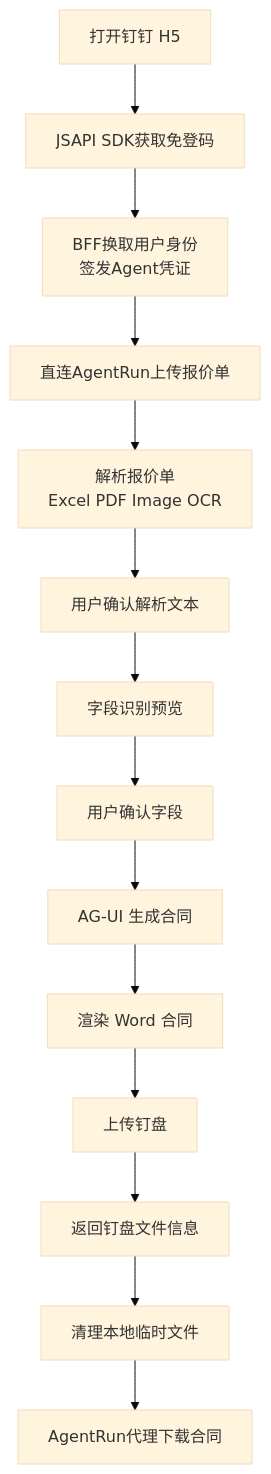
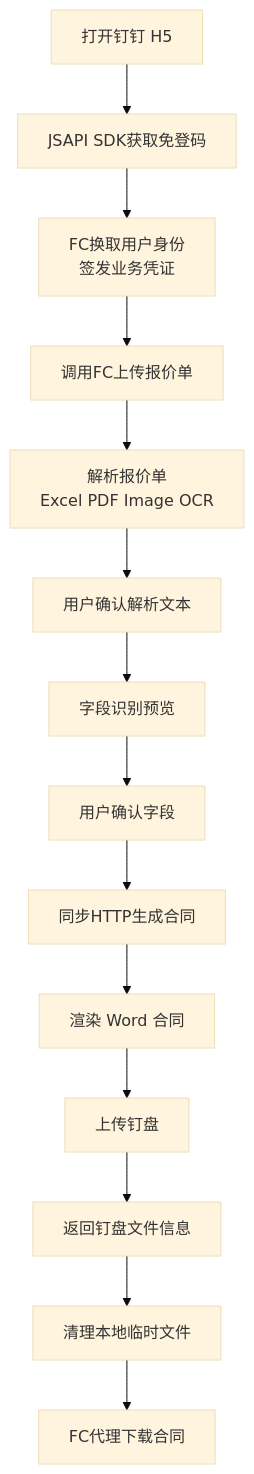
Before and after one commit to yuqingyang3019-cyber/hetong: the second of 5 diagrams in SPEC/ARCHITECTURE.md, drawn with Mermaid (base theme). The commit also changed other lines of this file and 16 other files, not shown here.

````diff
--- a/SPEC/ARCHITECTURE.md
+++ b/SPEC/ARCHITECTURE.md
@@ -161,16 +159,16 @@
 ```mermaid
 flowchart TD
   openApp["打开钉钉 H5"] --> auth["JSAPI SDK获取免登码"]
-  auth --> bffAuth["BFF换取用户身份\n签发Agent凭证"]
-  bffAuth --> upload["直连AgentRun上传报价单"]
+  auth --> fcAuth["FC换取用户身份\n签发业务凭证"]
+  fcAuth --> upload["调用FC上传报价单"]
   upload --> parse["解析报价单\nExcel PDF Image OCR"]
   parse --> reviewText["用户确认解析文本"]
   reviewText --> previewFields["字段识别预览"]
   previewFields --> reviewFields["用户确认字段"]
-  reviewFields --> generate["AG-UI 生成合同"]
+  reviewFields --> generate["同步HTTP生成合同"]
   generate --> render["渲染 Word 合同"]
   render --> uploadDrive["上传钉盘"]
   uploadDrive --> returnFile["返回钉盘文件信息"]
   returnFile --> cleanup["清理本地临时文件"]
-  cleanup --> download["AgentRun代理下载合同"]
+  cleanup --> download["FC代理下载合同"]
 ```
````
